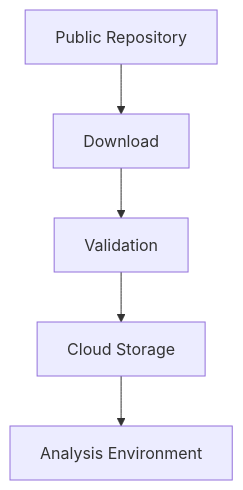
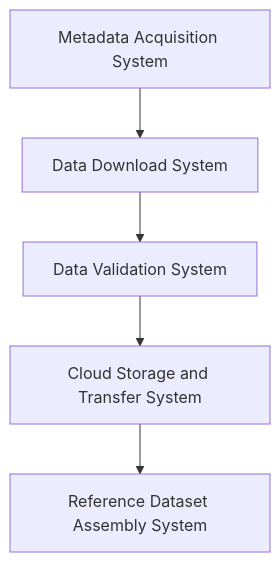
The diagram in 07-cloud-storage-and-transfer-system.qmd (tmbuza/data-acquisition-system), drawn with Mermaid before and after one commit. The commit also changed other lines of this file and 16 other files, not shown here.

Commit message:
Add cloud storage and transfer system

````diff
--- a/07-cloud-storage-and-transfer-system.qmd
+++ b/07-cloud-storage-and-transfer-system.qmd
@@ -77,12 +77,12 @@
 ```{mermaid}
 flowchart TD
 
-A[Public Repository]
---> B[Download]
+A[Metadata Acquisition System]
+--> B[Data Download System]
 
-B --> C[Validation]
+B --> C[Data Validation System]
 
-C --> D[Cloud Storage]
+C --> D[Cloud Storage and Transfer System]
 
-D --> E[Analysis Environment]
+D --> E[Reference Dataset Assembly System]
 ```
````
